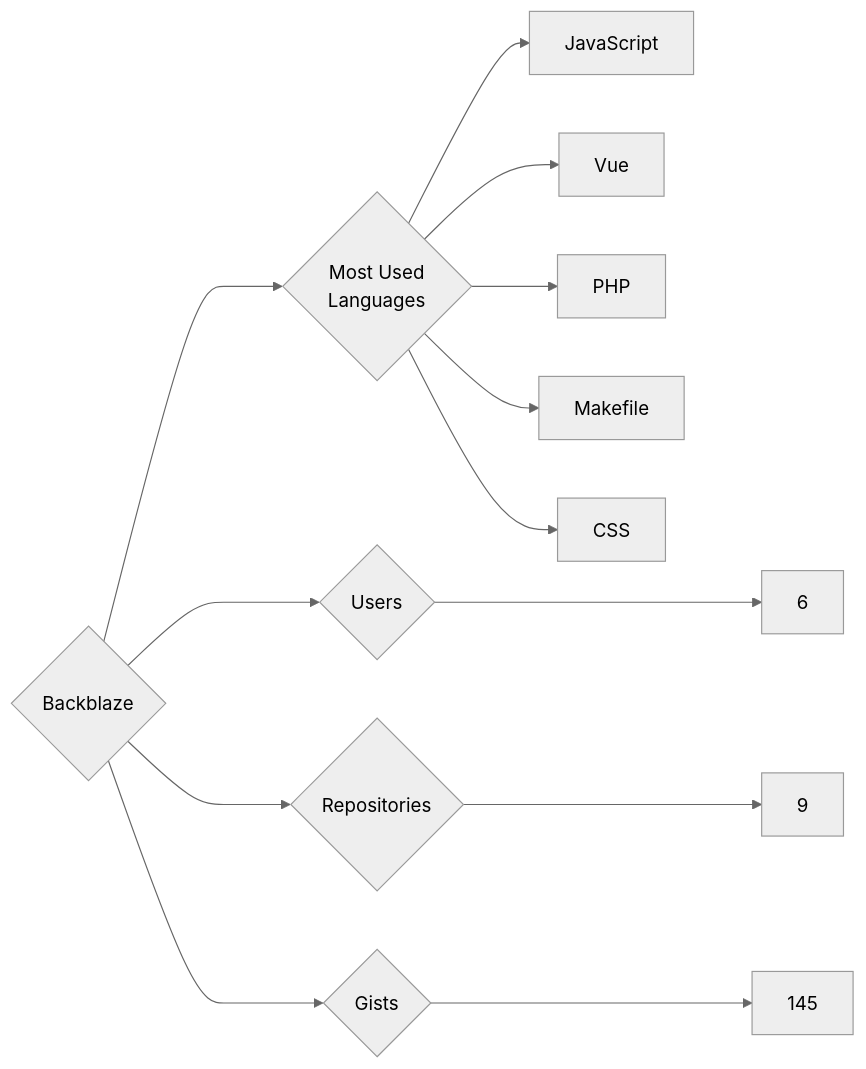
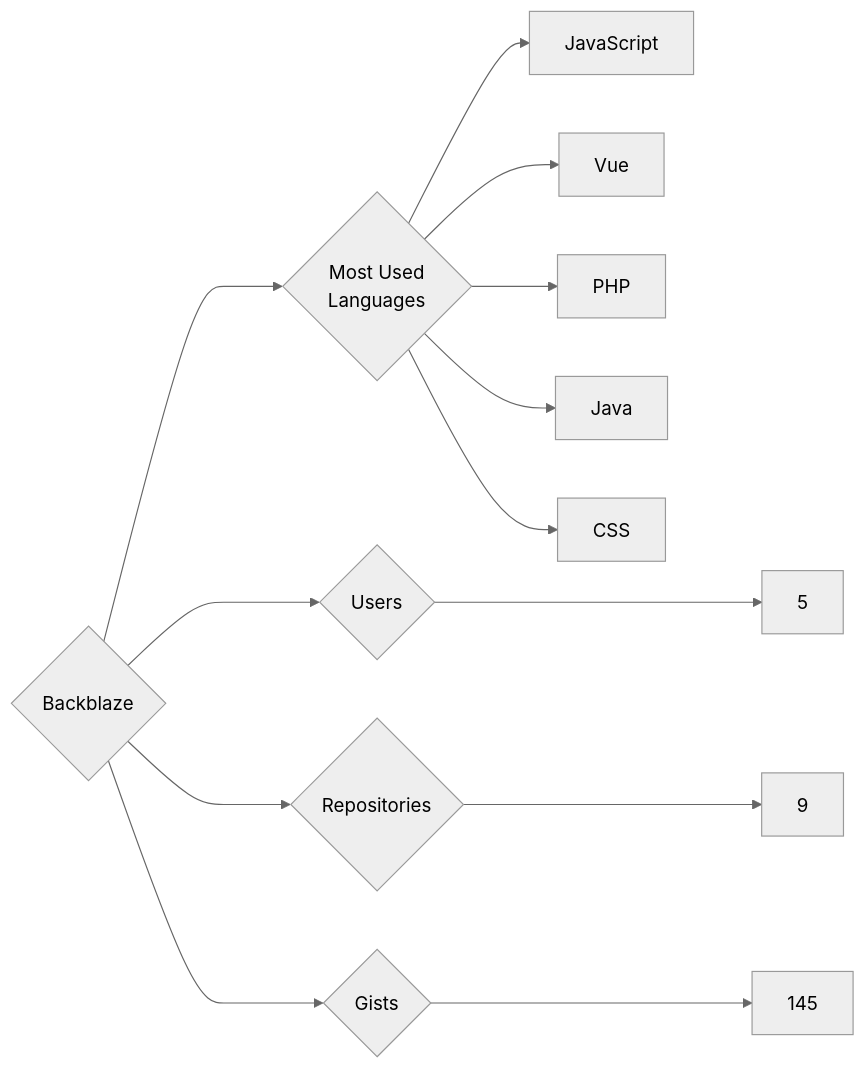
Before and after one commit to trickest/insiders: the diagram in targets/Backblaze/README.md, drawn with Mermaid (neutral theme). The commit also changed 1092 other files, not shown here.

````diff
--- a/targets/Backblaze/README.md
+++ b/targets/Backblaze/README.md
@@ -3,13 +3,13 @@
 ```mermaid
 graph LR
 COMPANY_NAME{Backblaze}
-COMPANY_NAME ---> U{Users} ---> UN[6]
+COMPANY_NAME ---> U{Users} ---> UN[5]
 COMPANY_NAME ---> R{Repositories} ---> RN[9]
 COMPANY_NAME ---> G{Gists} ---> GN[145]
 COMPANY_NAME ---> ML{Most Used<br>Languages}
 ML --> JavaScript[JavaScript]
 ML --> Vue[Vue]
 ML --> PHP[PHP]
-ML --> Makefile[Makefile]
+ML --> Java[Java]
 ML --> CSS[CSS]
 ```
````
